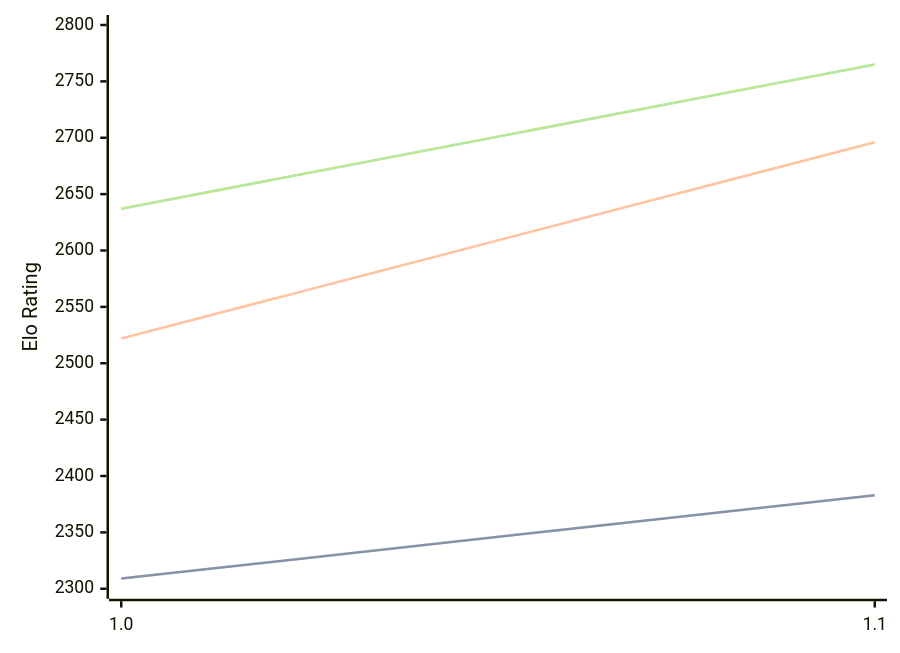
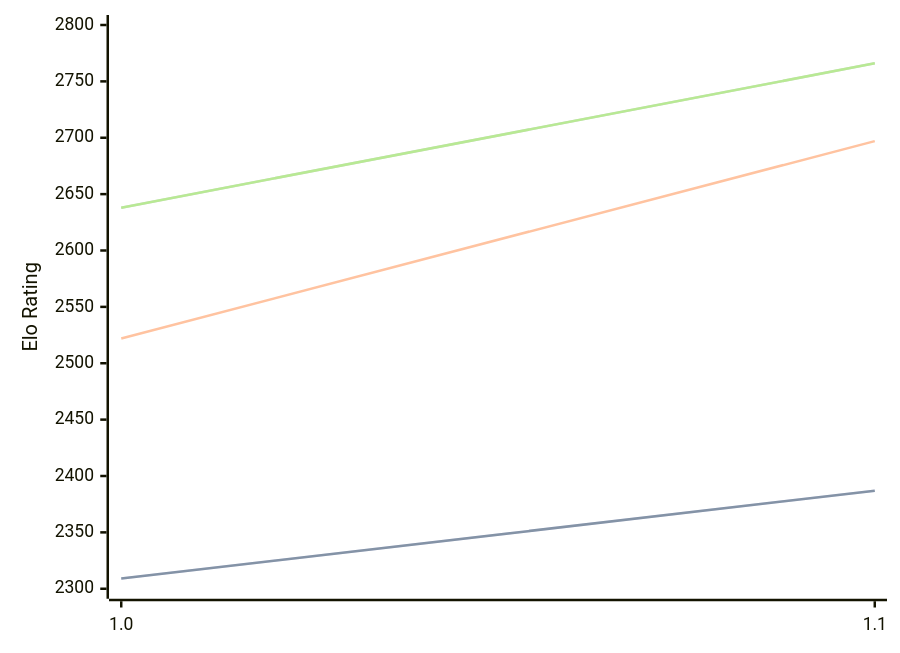
The diagram in engines/FoxChess.md (computer-chess-index/cci), drawn with Mermaid before and after one commit. The commit also changed other lines of this file, not shown here.

Commit message:
Update CCI Ratings (ELO VLTC) - 2026-06-11

````diff
--- a/engines/FoxChess.md
+++ b/engines/FoxChess.md
@@ -32,11 +32,11 @@
 ```mermaid
 %%{init: {"theme":"base","themeVariables":{"seriesColors:['#a3a3a3','#222221','#faa371']}}}%%
 xychart-beta
   x-axis ["1.0", "1.1"]
   y-axis "Elo Rating" 2300 --> 2800
-  line "STC (8.0+0.08s)" [2309, 2383]
-  line "STC (8.0+0.08s)" [2309, 2383]
-  line "LTC (60.0+0.60s)" [2522, 2696]
-  line "VLTC (2m24s+1.12s)" [2637, 2765]
-  line "VLTC (2m24s+1.12s)" [2637, 2765]
+  line "STC (8.0+0.08s)" [2309, 2387]
+  line "STC (8.0+0.08s)" [2309, 2387]
+  line "LTC (60.0+0.60s)" [2522, 2697]
+  line "VLTC (2m24s+1.12s)" [2638, 2766]
+  line "VLTC (2m24s+1.12s)" [2638, 2766]
 ```
````
